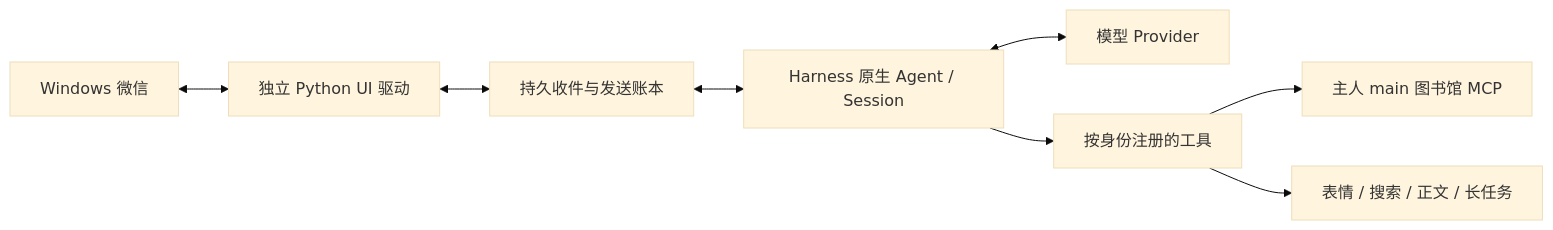
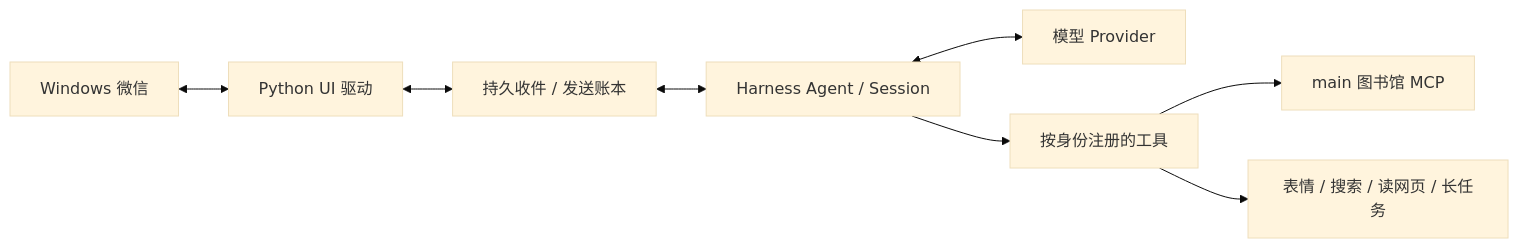
Before and after one commit to AnthonyZZH/xiaoqian-weixin: the diagram in README.md, drawn with Mermaid (base theme). The commit also changed other lines of this file, not shown here.

````diff
--- a/README.md
+++ b/README.md
@@ -9,10 +24,10 @@
 ```mermaid
 flowchart LR
-  W[Windows 微信] <--> D[独立 Python UI 驱动]
-  D <--> B[持久收件与发送账本]
-  B <--> H[Harness 原生 Agent / Session]
+  W[Windows 微信] <--> D[Python UI 驱动]
+  D <--> B[持久收件 / 发送账本]
+  B <--> H[Harness Agent / Session]
   H <--> P[模型 Provider]
   H --> T[按身份注册的工具]
-  T --> L[主人 main 图书馆 MCP]
-  T --> M[表情 / 搜索 / 正文 / 长任务]
+  T --> L[main 图书馆 MCP]
+  T --> M[表情 / 搜索 / 读网页 / 长任务]
 ```
````
